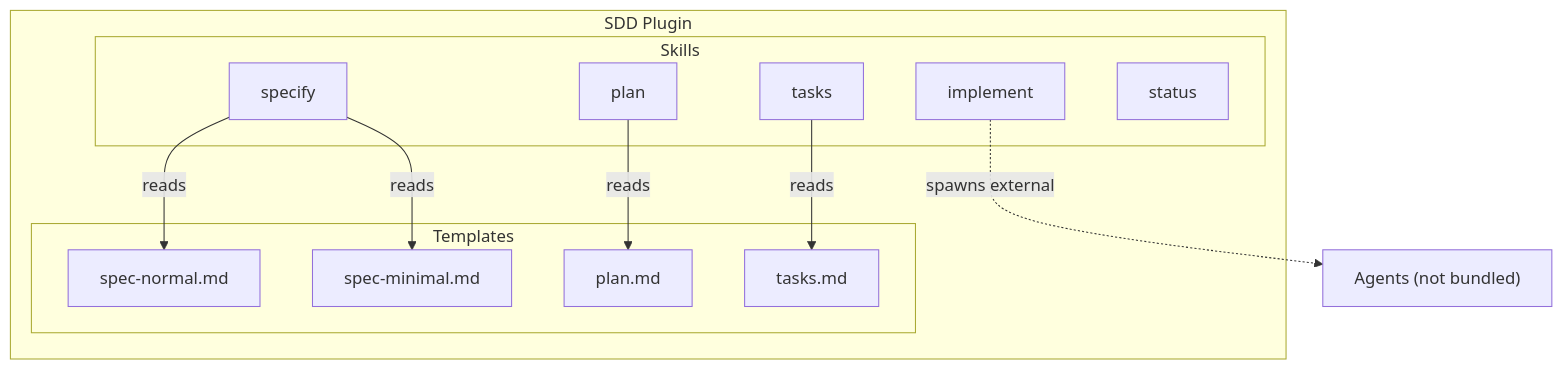
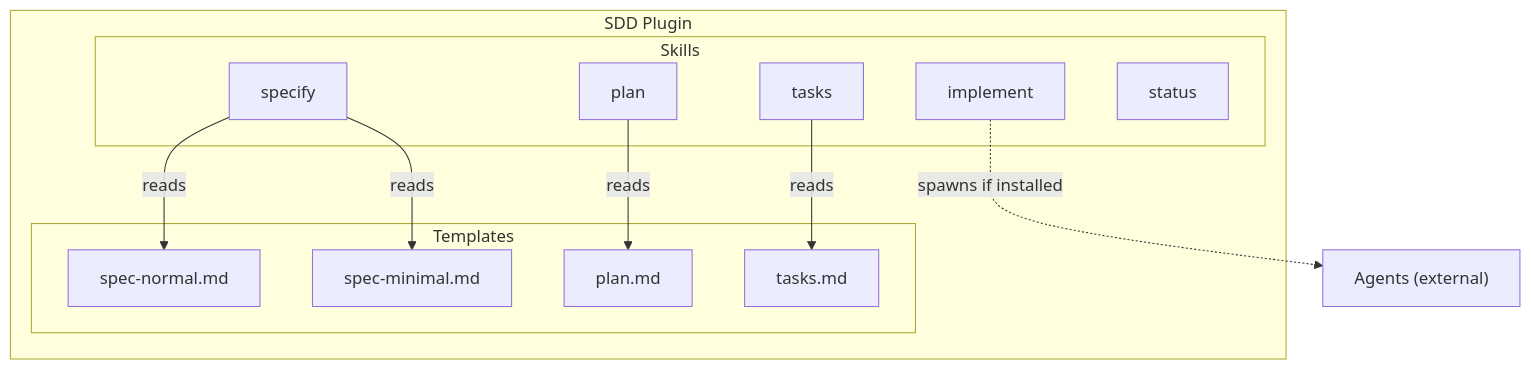
The second of 5 diagrams in docs/ARCHITECTURE.md (alfredoperez/sdd), drawn with Mermaid before and after one commit. The commit also changed other lines of this file and 5 other files, not shown here.

````diff
--- a/docs/ARCHITECTURE.md
+++ b/docs/ARCHITECTURE.md
@@ -19,23 +19,23 @@
 ```mermaid
 graph TD
     subgraph Plugin["SDD Plugin"]
         subgraph Skills
             S1[specify]
             S2[plan]
             S3[tasks]
             S4[implement]
             S5[status]
         end
         subgraph Templates
             T1[spec-normal.md]
             T2[spec-minimal.md]
             T3[plan.md]
             T4[tasks.md]
         end
     end
 
     S1 -->|"reads"| T1 & T2
     S2 -->|"reads"| T3
     S3 -->|"reads"| T4
-    S4 -.->|"spawns external"| Agents["Agents (not bundled)"]
+    S4 -.->|"spawns if installed"| Agents["Agents (external)"]
 ```
````
